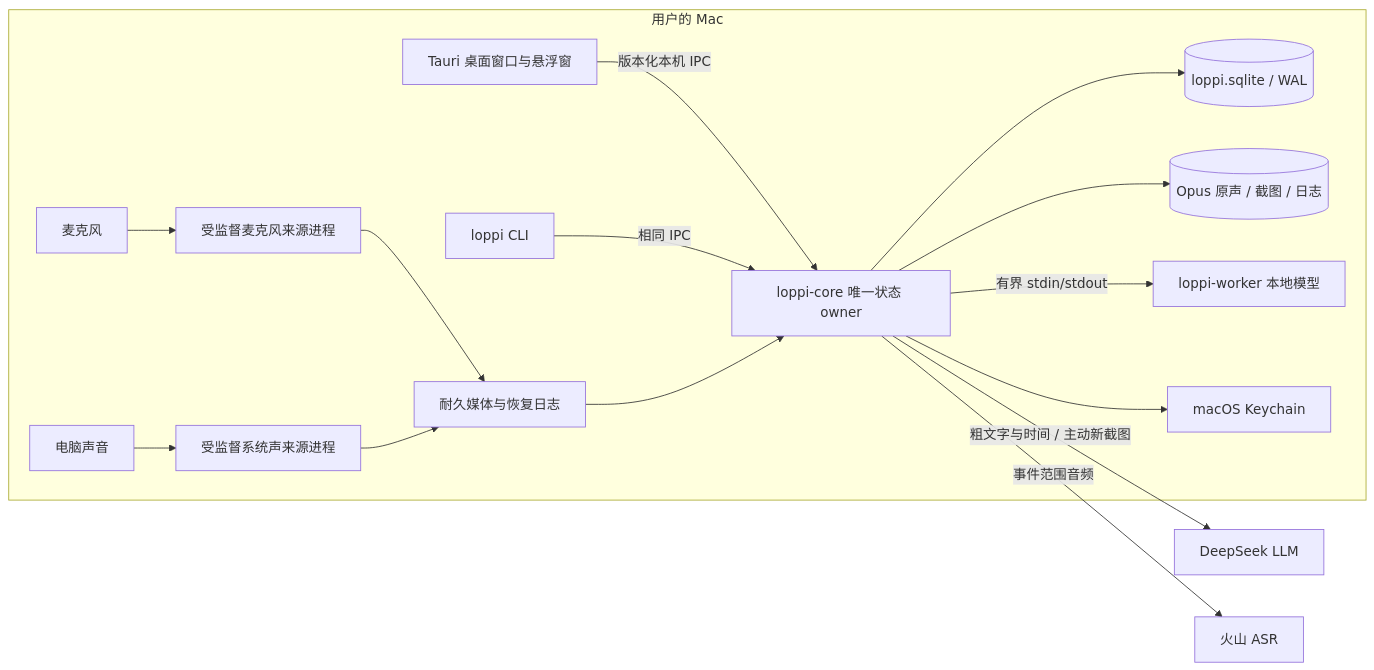
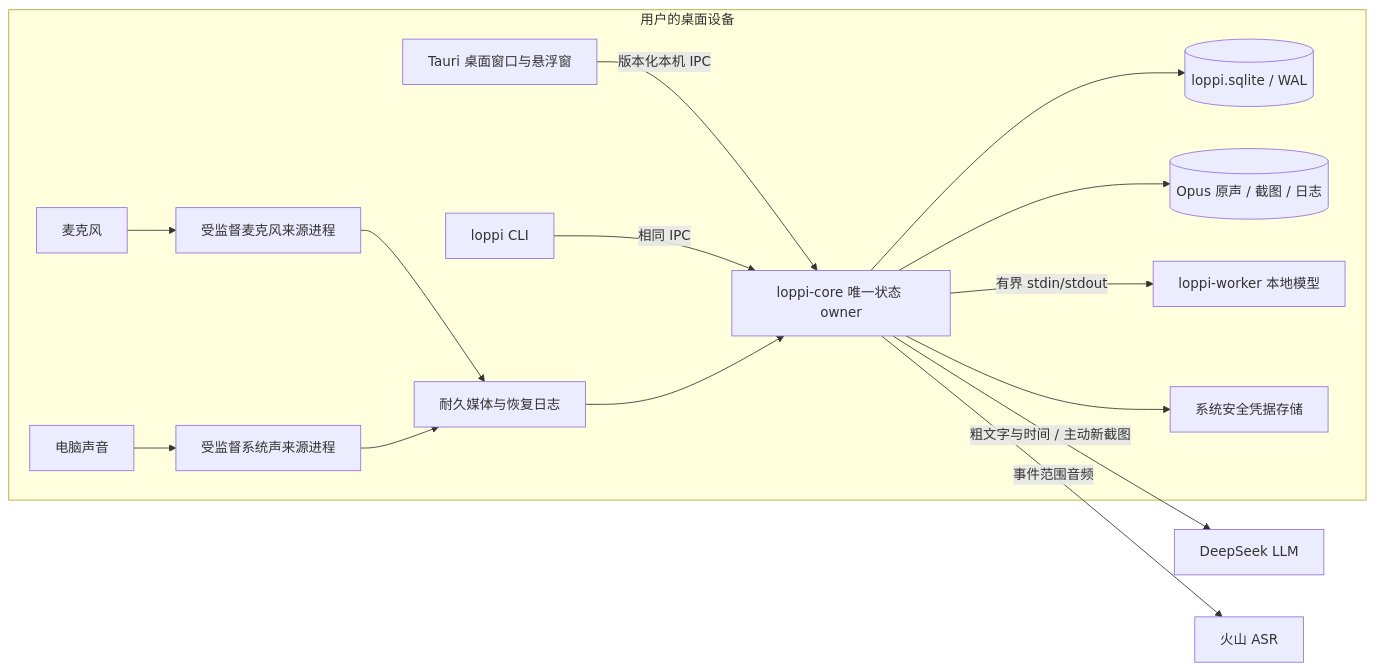
One commit to hAcKlyc/loppi changed the first of 2 diagrams in specs/ARCHITECTURE.md. Above: the diagram before and after it, drawn with Mermaid. The commit also changed other lines of this file and 57 other files, not shown here.

````diff
--- a/specs/ARCHITECTURE.md
+++ b/specs/ARCHITECTURE.md
@@ -7,18 +7,18 @@
 ```mermaid
 flowchart LR
-  subgraph Mac[用户的 Mac]
+  subgraph Desktop[用户的桌面设备]
     UI[Tauri 桌面窗口与悬浮窗] -->|版本化本机 IPC| Core[loppi-core 唯一状态 owner]
     CLI[loppi CLI] -->|相同 IPC| Core
     MIC[麦克风] --> CaptureMic[受监督麦克风来源进程]
     SYS[电脑声音] --> CaptureSys[受监督系统声来源进程]
     CaptureMic --> Journal[耐久媒体与恢复日志]
     CaptureSys --> Journal
     Journal --> Core
     Core --> DB[(loppi.sqlite / WAL)]
     Core --> Files[(Opus 原声 / 截图 / 日志)]
     Core -->|有界 stdin/stdout| Worker[loppi-worker 本地模型]
-    Core --> KC[macOS Keychain]
+    Core --> KC[系统安全凭据存储]
   end
   Core -->|粗文字与时间 / 主动新截图| LLM[DeepSeek LLM]
   Core -->|事件范围音频| ASR[火山 ASR]
 ```
````
